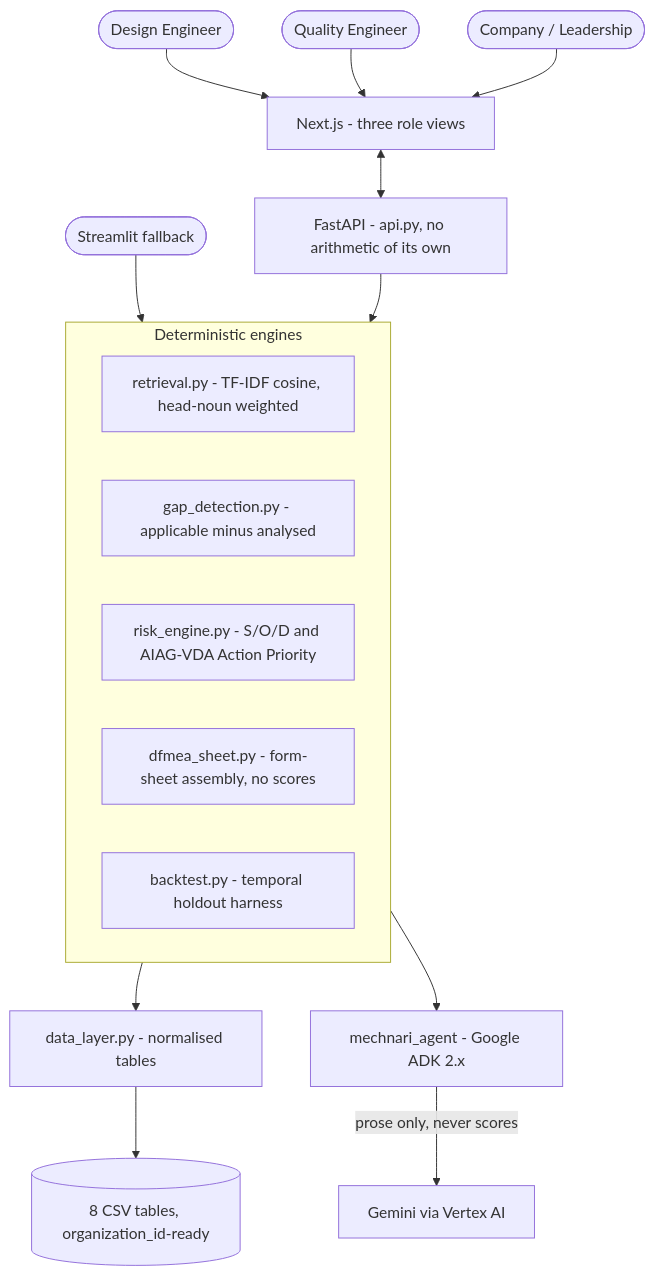
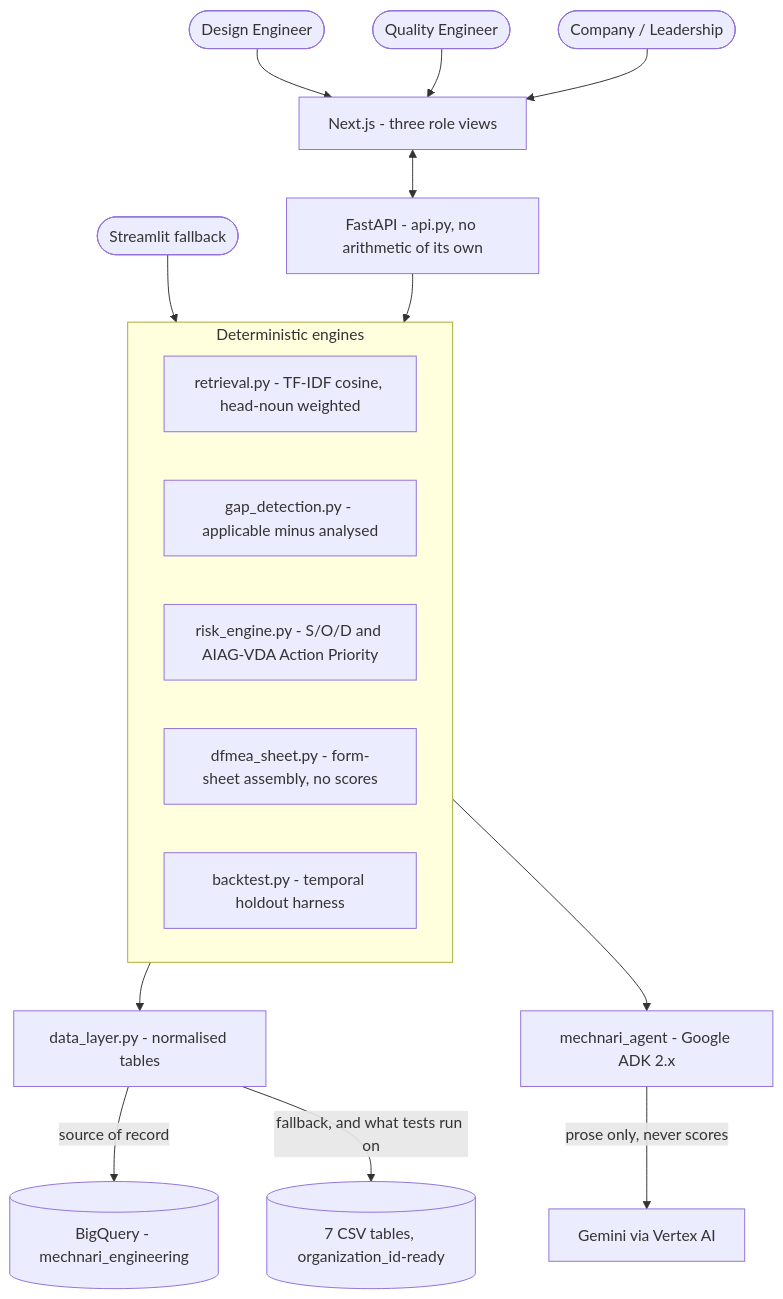
One commit to niharika021/Mechnari-ai changed the diagram in docs/architecture.md. Above: the diagram before and after it, drawn with Mermaid. The commit also changed other lines of this file and 7 other files, not shown here.

````diff
--- a/docs/architecture.md
+++ b/docs/architecture.md
@@ -5,22 +5,23 @@
 ```mermaid
 graph TD
     DE([Design Engineer]) --> WEB[Next.js - three role views]
     QE([Quality Engineer]) --> WEB
     CO([Company / Leadership]) --> WEB
     WEB <--> API[FastAPI - api.py, no arithmetic of its own]
     ST([Streamlit fallback]) --> ENG
     API --> ENG
 
     subgraph ENG[Deterministic engines]
         RET[retrieval.py - TF-IDF cosine, head-noun weighted]
         GAP[gap_detection.py - applicable minus analysed]
         RISK[risk_engine.py - S/O/D and AIAG-VDA Action Priority]
         SHEET[dfmea_sheet.py - form-sheet assembly, no scores]
         BT[backtest.py - temporal holdout harness]
     end
 
     ENG --> DL[data_layer.py - normalised tables]
-    DL --> CSV[(8 CSV tables, organization_id-ready)]
+    DL -->|source of record| BQ[(BigQuery - mechnari_engineering)]
+    DL -->|fallback, and what tests run on| CSV[(7 CSV tables, organization_id-ready)]
     ENG --> ADK[mechnari_agent - Google ADK 2.x]
     ADK -->|prose only, never scores| GEM[Gemini via Vertex AI]
 ```
````
